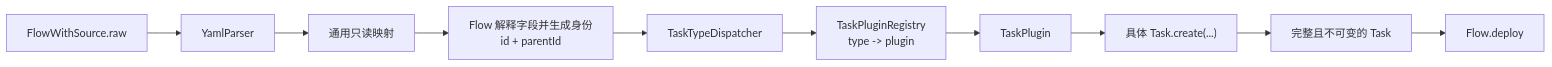
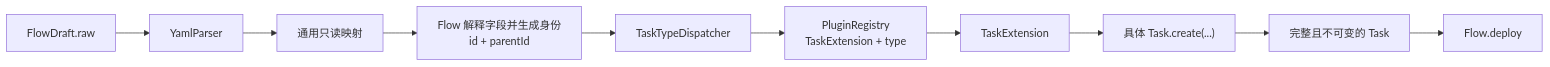
One commit to Eiddy5/flow changed the second of 2 diagrams in docs/standards/task-domain-model.md. Above: the diagram before and after it, drawn with Mermaid. The commit also changed other lines of this file and 268 other files, not shown here.

````diff
--- a/docs/standards/task-domain-model.md
+++ b/docs/standards/task-domain-model.md
@@ -239,12 +325,12 @@
 ```mermaid
 flowchart LR
-    source["FlowWithSource.raw"] --> parser["YamlParser"]
+    source["FlowDraft.raw"] --> parser["YamlParser"]
     parser --> mapping["通用只读映射"]
     mapping --> identity["Flow 解释字段并生成身份<br/>id + parentId"]
     identity --> dispatch["TaskTypeDispatcher"]
-    dispatch --> registry["TaskPluginRegistry<br/>type -> plugin"]
-    registry --> plugin["TaskPlugin"]
+    dispatch --> registry["PluginRegistry<br/>TaskExtension + type"]
+    registry --> plugin["TaskExtension"]
     plugin --> create["具体 Task.create(...)"]
     create --> task["完整且不可变的 Task"]
     task --> deploy["Flow.deploy"]
 ```
````
